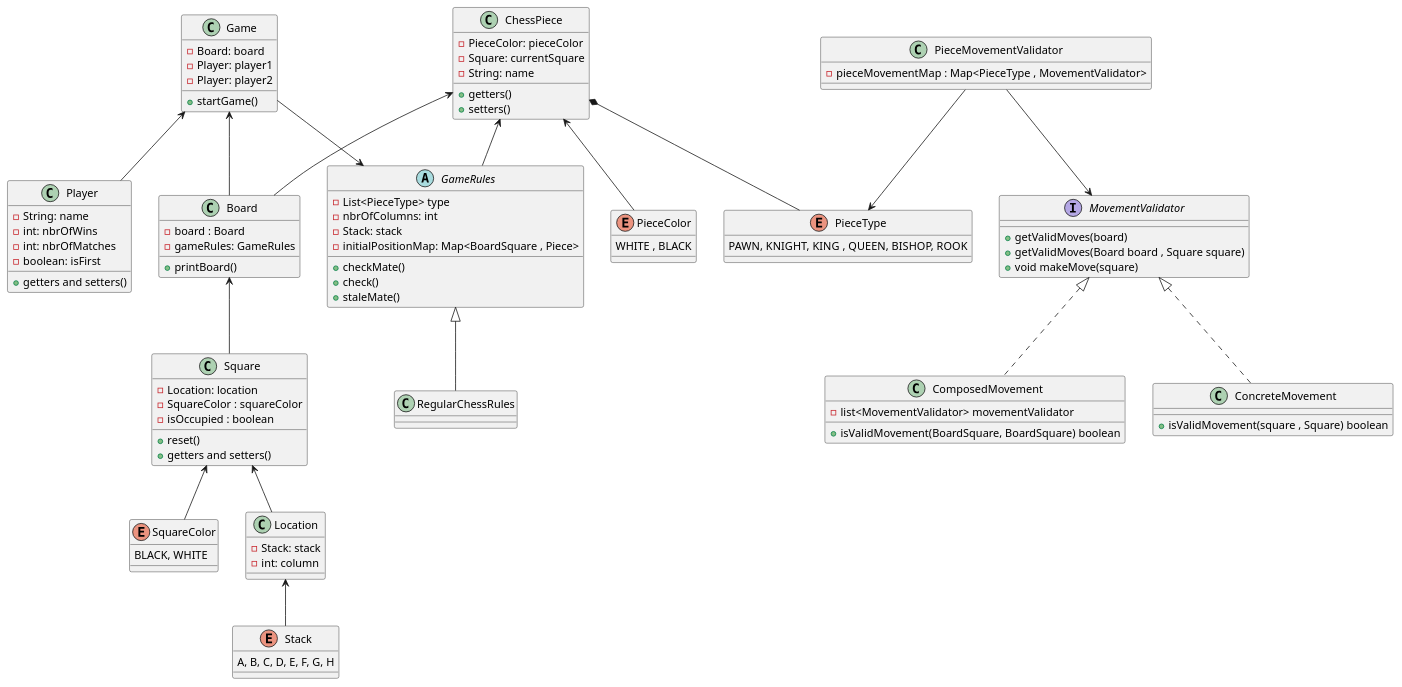
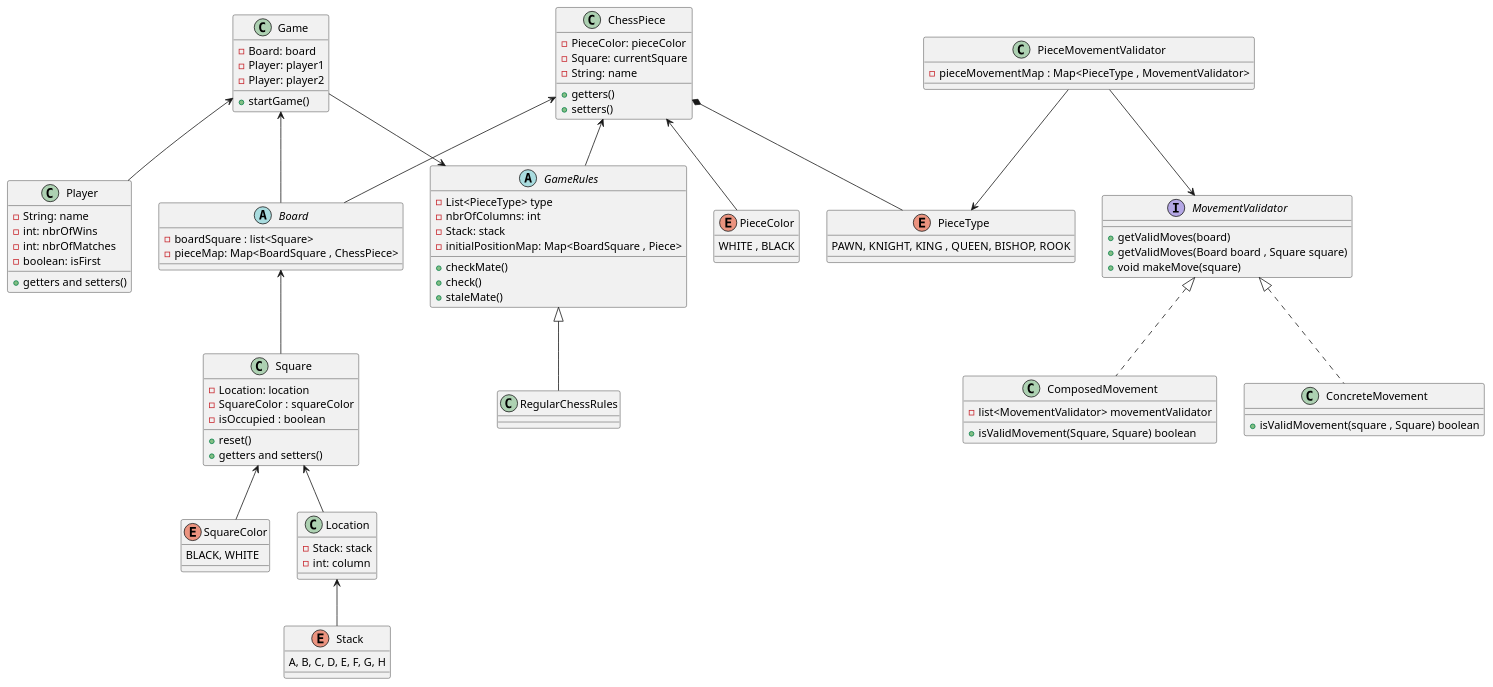
Before and after one commit to AlbertoPizzi/TPAjedrez2022: the diagram in src/main/java/chess/ChessUML.puml, drawn with PlantUML. The commit also changed 5 other files, not shown here.

```diff
--- a/src/main/java/chess/ChessUML.puml
+++ b/src/main/java/chess/ChessUML.puml
@@ -1,99 +1,98 @@
 @startuml
 class Game{
  - Board: board
  - Player: player1
  - Player: player2
 
  + startGame()
 }
 
-class Board{
-- board : Board
-- gameRules: GameRules
-+ printBoard()
+abstract class Board{
+-boardSquare : list<Square>
+-pieceMap: Map<BoardSquare , ChessPiece>
 }
 
 class Square{
 - Location: location
 - SquareColor : squareColor
 - isOccupied : boolean
 + reset()
 + getters and setters()
 
 }
 enum SquareColor{
 BLACK, WHITE
 }
 
 class Location{
 - Stack: stack
 - int: column
 
 }
 enum Stack{
 A, B, C, D, E, F, G, H
 }
 class ChessPiece{
 - PieceColor: pieceColor
 - Square: currentSquare
 - String: name
 
 + getters()
 + setters()
 }
 enum PieceColor{
     WHITE , BLACK
 }
 
 enum PieceType{
 PAWN, KNIGHT, KING , QUEEN, BISHOP, ROOK
 }
 
 abstract class GameRules{
 - List<PieceType> type
 - nbrOfColumns: int
 - Stack: stack
 - initialPositionMap: Map<BoardSquare , Piece>
     + checkMate()
     + check()
     + staleMate()
 }
 class RegularChessRules extends GameRules{}
 class Player{
  -String: name
  -int: nbrOfWins
  -int: nbrOfMatches
  -boolean: isFirst
  +getters and setters()
 }
 
 class PieceMovementValidator {
  - pieceMovementMap : Map<PieceType , MovementValidator>
 }
 
 interface MovementValidator{
 + getValidMoves(board)
 + getValidMoves(Board board , Square square)
 + void makeMove(square)
 }
 class ComposedMovement implements MovementValidator{
 - list<MovementValidator> movementValidator
-+ isValidMovement(BoardSquare, BoardSquare) boolean
++ isValidMovement(Square, Square) boolean
 }
 class ConcreteMovement implements MovementValidator{
 + isValidMovement(square , Square) boolean
 }
 Square <-- SquareColor
 Square <-- Location
 Location <-- Stack
 Board <-- Square
 ChessPiece <-- GameRules
 ChessPiece <-- PieceColor
 Game <-- Board
 ChessPiece <-- Board
 Game --> GameRules
 Game <-- Player
 ChessPiece *-- PieceType
 PieceMovementValidator --> PieceType
 PieceMovementValidator --> MovementValidator
 @enduml
```
